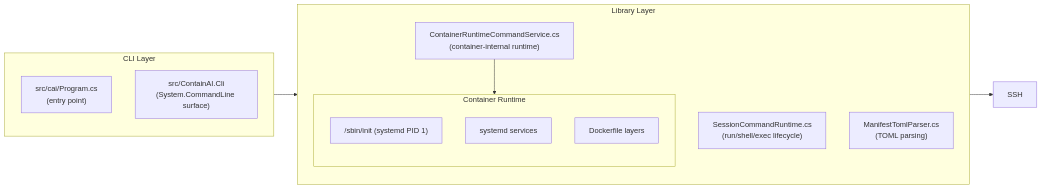
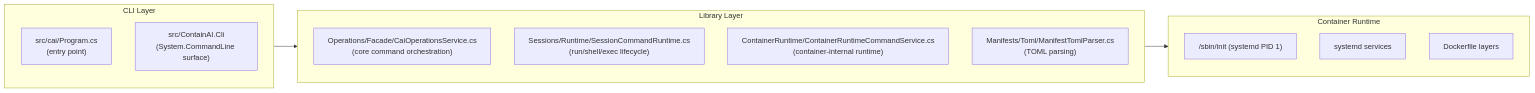
Before and after one commit to novotnyllc/ContainAI: the seventh of 11 diagrams in docs/architecture.md, drawn with Mermaid. The commit also changed other lines of this file and 10 other files, not shown here.

````diff
--- a/docs/architecture.md
+++ b/docs/architecture.md
@@ -374,27 +374,26 @@
 ```mermaid
 flowchart LR
     subgraph CLI["CLI Layer"]
         direction TB
         Main["src/cai/Program.cs<br/>(entry point)"]
         Cmds["src/ContainAI.Cli<br/>(System.CommandLine surface)"]
     end
 
     subgraph Lib["Library Layer"]
         direction TB
-        Runtime["CaiOperationsService.CommandSurface.cs<br/>(core command orchestration)"]
-        Session["SessionCommandRuntime.cs<br/>(run/shell/exec lifecycle)"]
-        Container["ContainerRuntimeCommandService.cs<br/>(container-internal runtime)"]
-        Manifest["ManifestTomlParser.cs<br/>(TOML parsing)"]
+        Ops["Operations/Facade/CaiOperationsService.cs<br/>(core command orchestration)"]
+        Session["Sessions/Runtime/SessionCommandRuntime.cs<br/>(run/shell/exec lifecycle)"]
+        Container["ContainerRuntime/ContainerRuntimeCommandService.cs<br/>(container-internal runtime)"]
+        Manifest["Manifests/Toml/ManifestTomlParser.cs<br/>(TOML parsing)"]
     end
 
-    subgraph Runtime["Container Runtime"]
+    subgraph ContainerRT["Container Runtime"]
         direction TB
         Entry["/sbin/init (systemd PID 1)"]
         Services["systemd services"]
         Dockerfile["Dockerfile layers"]
     end
 
     Main --> Lib
-    Container --> SSH
     Container --> Entry
 ```
````
